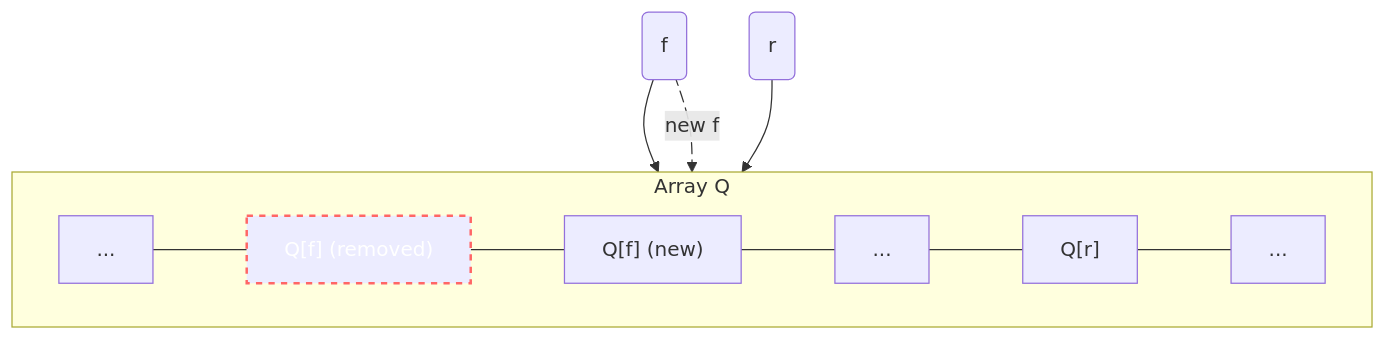
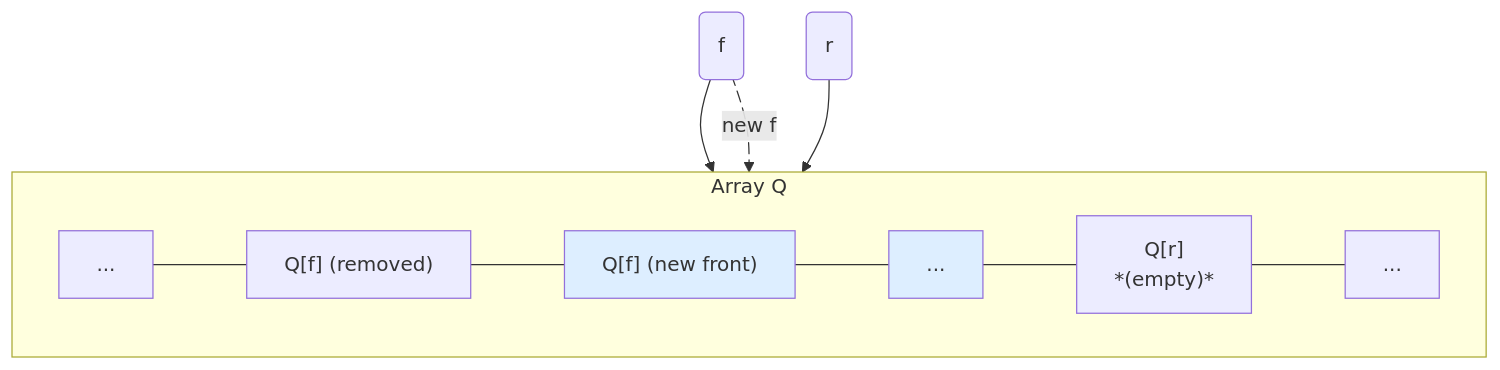
One commit to ruslylove/datastruct changed the third of 10 diagrams in lectures/lect-6-Queues.md. Above: the diagram before and after it, drawn with Mermaid. The commit also changed other lines of this file and 2 other files, not shown here.

Commit message:
fixed diagram.

````diff
--- a/lectures/lect-6-Queues.md
+++ b/lectures/lect-6-Queues.md
@@ -210,15 +212,17 @@
 ```mermaid 
 graph TD
     subgraph "Array Q"
         direction LR
-        A["..."] --- B["Q[f] (removed)"] --- C["Q[f] (new)"] --- D["..."] --- E["Q[r]"] --- F["..."]
+        A["..."] --- B["Q[f] (removed)"] --- C["Q[f] (new front)"] --- D["..."] --- E["Q[r]<br>*(empty)*"] --- F["..."]
     end
 
     f("f") --> B
     f e1@-. "new f" .-> C
     r("r") --> E
 
     e1@{ animate : true}
-    style B stroke:#f66,stroke-width:2px,color:#fff,stroke-dasharray: 5 5
+    %% style B stroke:#f66,stroke-width:2px,color:#fff,stroke-dasharray: 5 5
+    classDef element fill:#def
+    class C,D element
 
 ```
````
